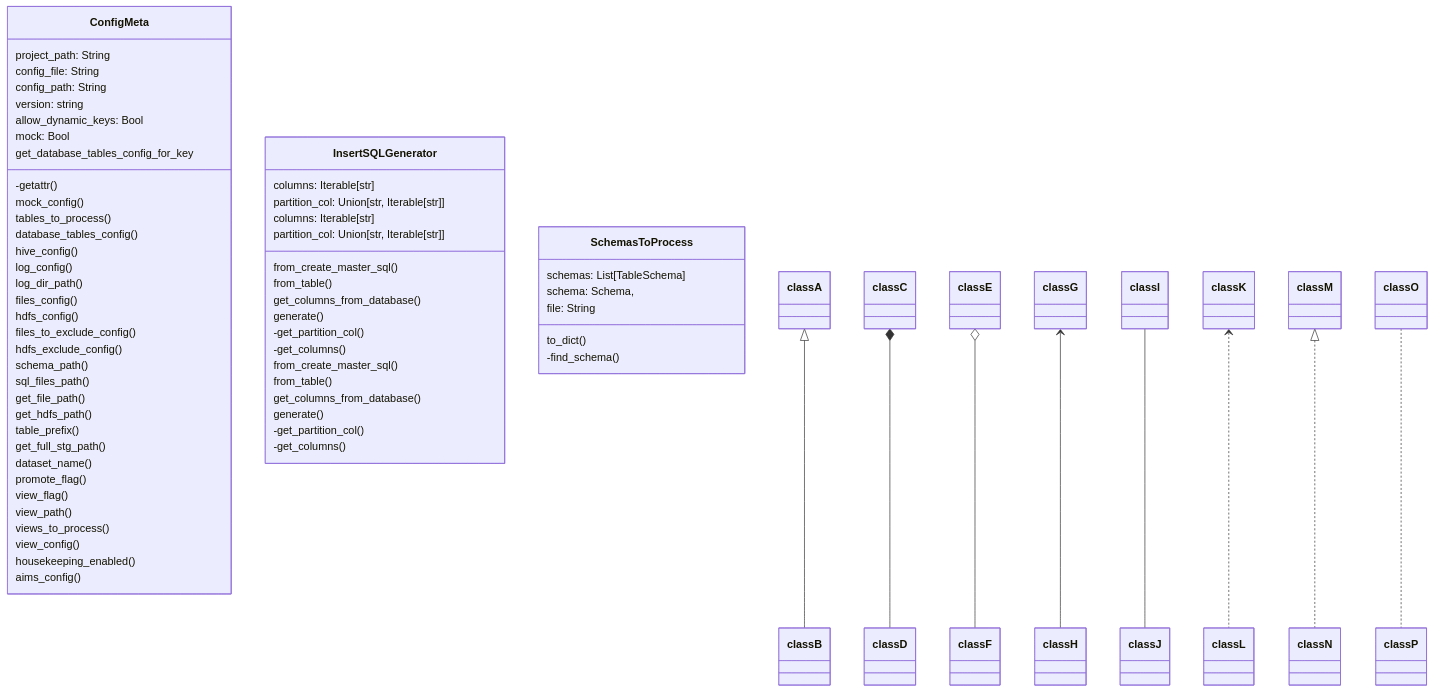
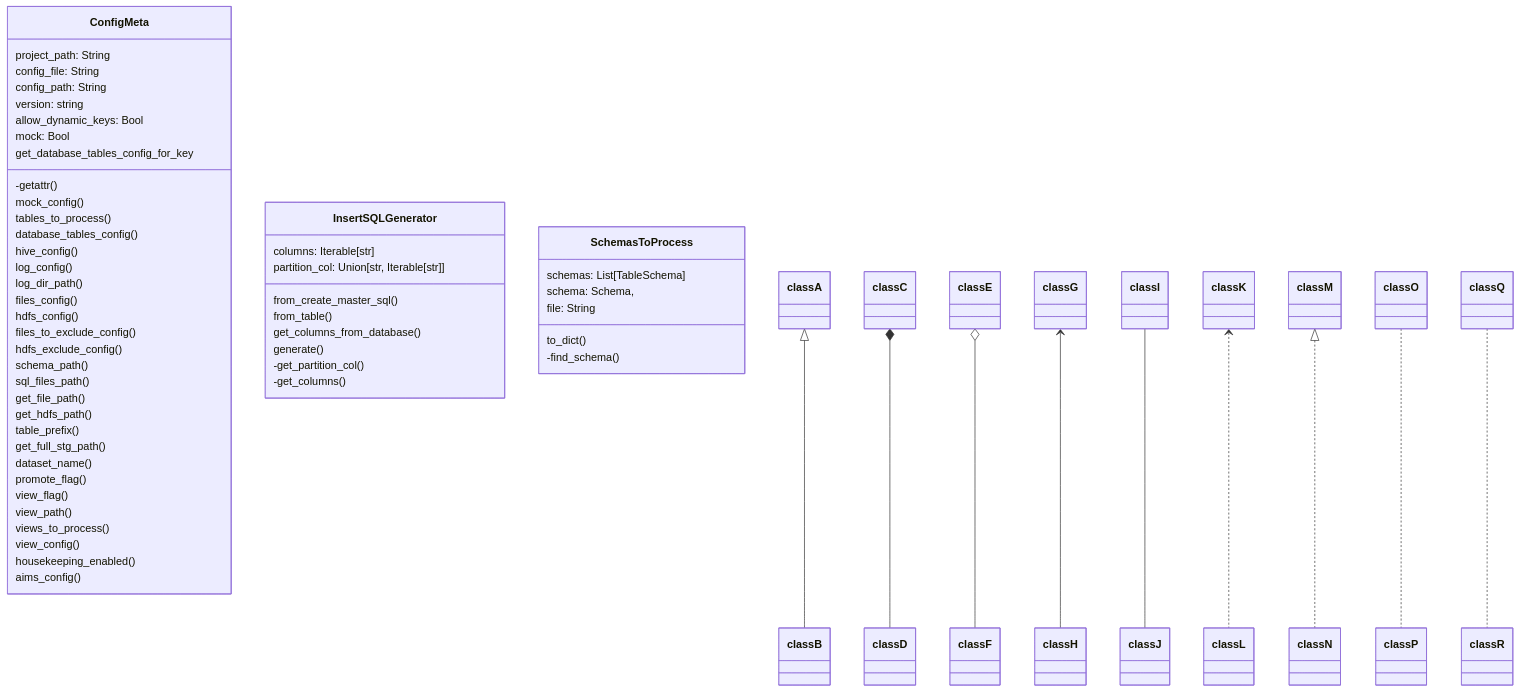
One commit to JoelPaullONS/de-documentation-template changed the diagram in docs/uml.md. Above: the diagram before and after it, drawn with Mermaid.

````diff
--- a/docs/uml.md
+++ b/docs/uml.md
@@ -1,80 +1,70 @@
 ```mermaid
 classDiagram
     class ConfigMeta {
         project_path: String
         config_file: String
         config_path: String
         version: string
         allow_dynamic_keys: Bool
         mock: Bool
         -getattr()
         mock_config()
         tables_to_process()
         database_tables_config()
         hive_config()
         log_config()
         log_dir_path()
         files_config()
         hdfs_config()
         files_to_exclude_config()
         hdfs_exclude_config()
         schema_path()
         sql_files_path()
         get_file_path()
         get_hdfs_path()
         get_database_tables_config_for_key
         table_prefix()
         get_full_stg_path()
         dataset_name()
         promote_flag()
         view_flag()
         view_path()
         views_to_process()
         view_config()
         housekeeping_enabled()
         aims_config()
 
 
     }
 
     class InsertSQLGenerator {
         columns: Iterable[str]
         partition_col: Union[str, Iterable[str]]
         from_create_master_sql()
         from_table()
         get_columns_from_database()
         generate()
         -get_partition_col()
         -get_columns()
 
     }
 
     class SchemasToProcess {
         schemas: List[TableSchema]
         schema: Schema, 
         file: String
         to_dict()
         -find_schema()
     }
 
     classA <|-- classB
     classC *-- classD
     classE o-- classF
     classG <-- classH
     classI -- classJ
     classK <.. classL
     classM <|.. classN
     classO .. classP
+    classQ .. classR
 
-    class InsertSQLGenerator {
-        columns: Iterable[str]
-        partition_col: Union[str, Iterable[str]]
-        from_create_master_sql()
-        from_table()
-        get_columns_from_database()
-        generate()
-        -get_partition_col()
-        -get_columns()
-
-    }
 ```
````
